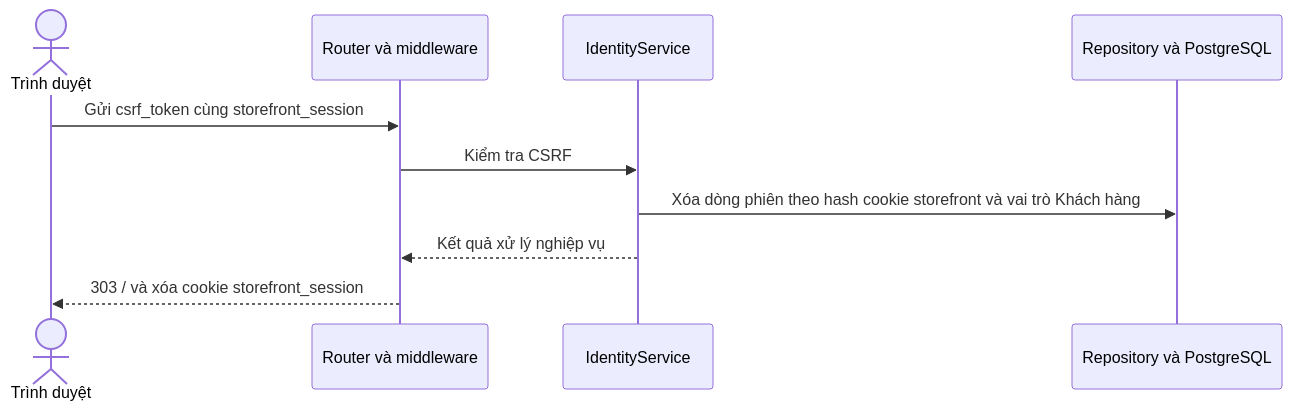
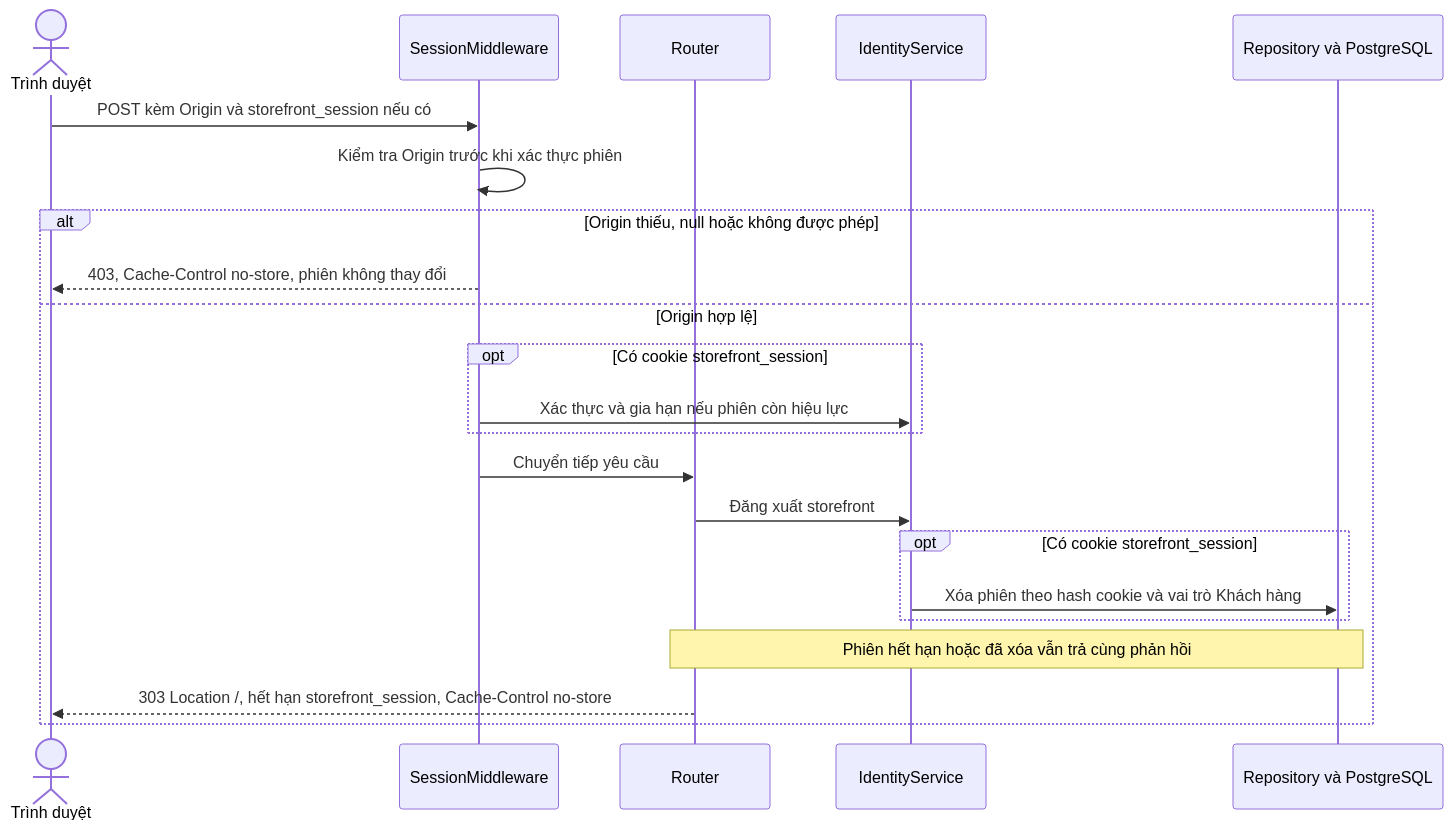
The diagram in docs/sequence/identity/post-logout.md (thanhklt/sobie-swimwear-e-commerce), drawn with Mermaid before and after one commit. The commit also changed other lines of this file and 72 other files, not shown here.

````diff
--- a/docs/sequence/identity/post-logout.md
+++ b/docs/sequence/identity/post-logout.md
@@ -5,12 +5,24 @@
 ```mermaid
 sequenceDiagram
     actor Browser as Trình duyệt
-    participant Route as Router và middleware
+    participant Middleware as SessionMiddleware
+    participant Route as Router
     participant Service as IdentityService
     participant Data as Repository và PostgreSQL
-    Browser->>Route: Gửi csrf_token cùng storefront_session
-    Route->>Service: Kiểm tra CSRF
-    Service->>Data: Xóa dòng phiên theo hash cookie storefront và vai trò Khách hàng
-    Service-->>Route: Kết quả xử lý nghiệp vụ
-    Route-->>Browser: 303 / và xóa cookie storefront_session
+    Browser->>Middleware: POST kèm Origin và storefront_session nếu có
+    Middleware->>Middleware: Kiểm tra Origin trước khi xác thực phiên
+    alt Origin thiếu, null hoặc không được phép
+        Middleware-->>Browser: 403, Cache-Control no-store, phiên không thay đổi
+    else Origin hợp lệ
+        opt Có cookie storefront_session
+            Middleware->>Service: Xác thực và gia hạn nếu phiên còn hiệu lực
+        end
+        Middleware->>Route: Chuyển tiếp yêu cầu
+        Route->>Service: Đăng xuất storefront
+        opt Có cookie storefront_session
+            Service->>Data: Xóa phiên theo hash cookie và vai trò Khách hàng
+        end
+        Note over Route,Data: Phiên hết hạn hoặc đã xóa vẫn trả cùng phản hồi
+        Route-->>Browser: 303 Location /, hết hạn storefront_session, Cache-Control no-store
+    end
 ```
````
